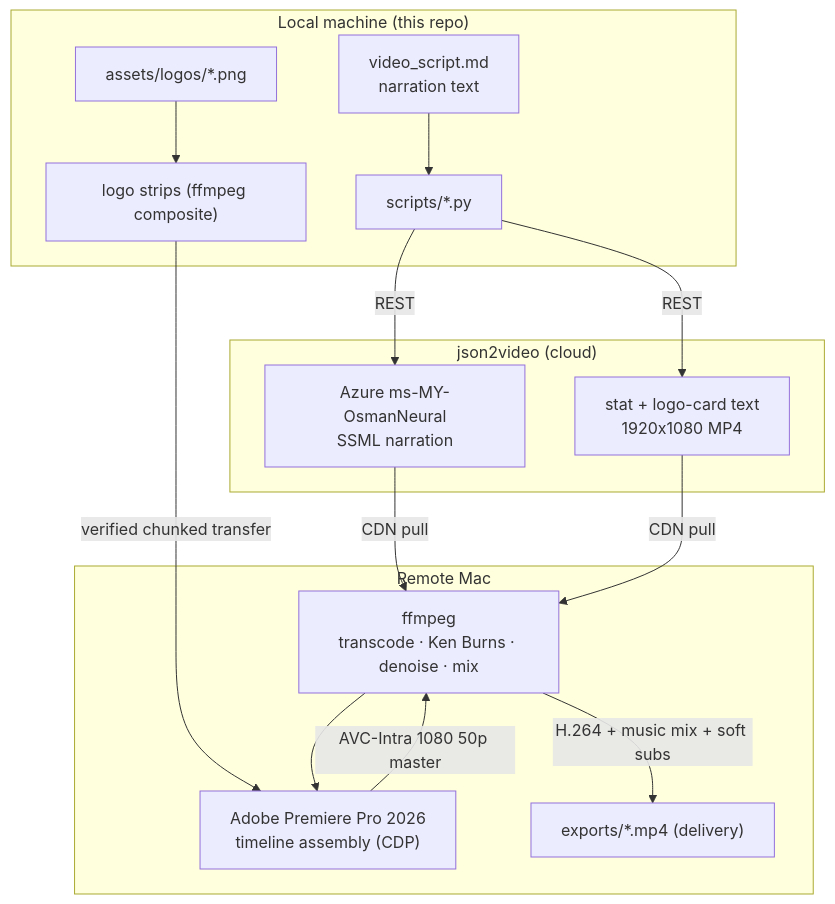
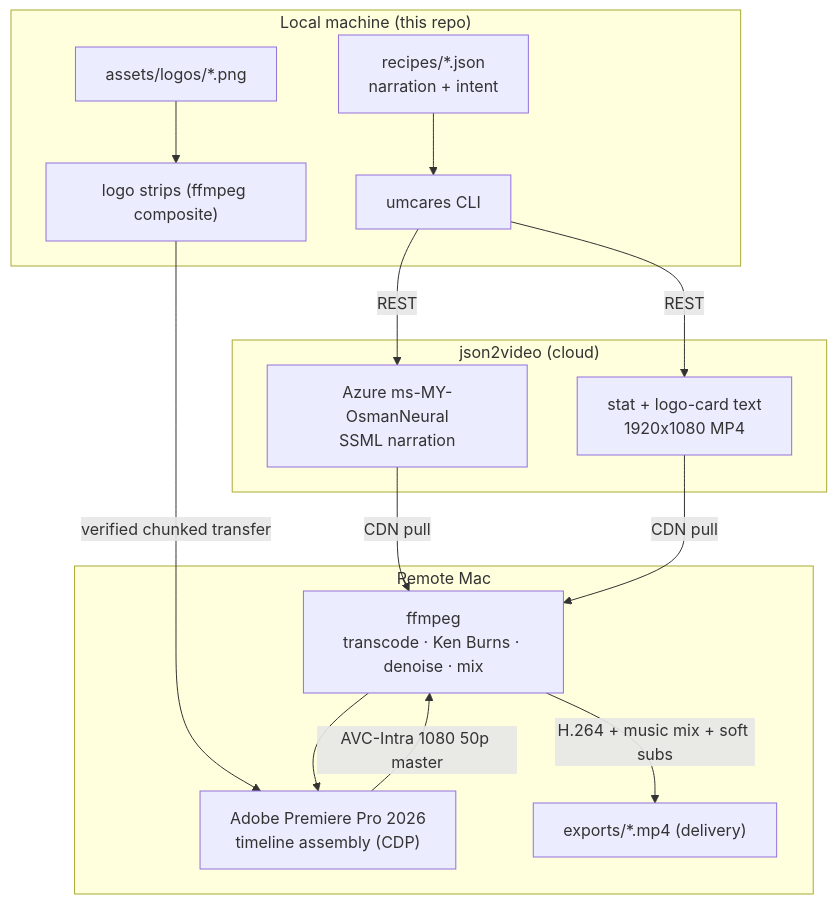
The first of 2 diagrams in README.md (ponli550/DrMadihah), drawn with Mermaid before and after one commit. The commit also changed other lines of this file and 2 other files, not shown here.

First line of the commit message:
docs: point the README at the CLI, not scripts/

````diff
--- a/README.md
+++ b/README.md
@@ -77,31 +82,31 @@
 ```mermaid
 flowchart TB
     subgraph LOCAL["Local machine (this repo)"]
-        SCRIPT["video_script.md<br/>narration text"]
-        PY["scripts/*.py"]
+        SCRIPT["recipes/*.json<br/>narration + intent"]
+        PY["umcares CLI"]
         LOGOS["assets/logos/*.png"]
         STRIP["logo strips (ffmpeg composite)"]
     end
 
     subgraph CLOUD["json2video (cloud)"]
         VOICE["Azure ms-MY-OsmanNeural<br/>SSML narration"]
         CARDS["stat + logo-card text<br/>1920x1080 MP4"]
     end
 
     subgraph REMOTE["Remote Mac"]
         FF["ffmpeg<br/>transcode · Ken Burns · denoise · mix"]
         PP["Adobe Premiere Pro 2026<br/>timeline assembly (CDP)"]
         OUT["exports/*.mp4 (delivery)"]
     end
 
     SCRIPT --> PY
     PY -->|"REST"| VOICE
     PY -->|"REST"| CARDS
     LOGOS --> STRIP
     STRIP -->|"verified chunked transfer"| PP
     VOICE -->|"CDN pull"| FF
     CARDS -->|"CDN pull"| FF
     FF --> PP
     PP -->|"AVC-Intra 1080 50p master"| FF
     FF -->|"H.264 + music mix + soft subs"| OUT
 ```
````
